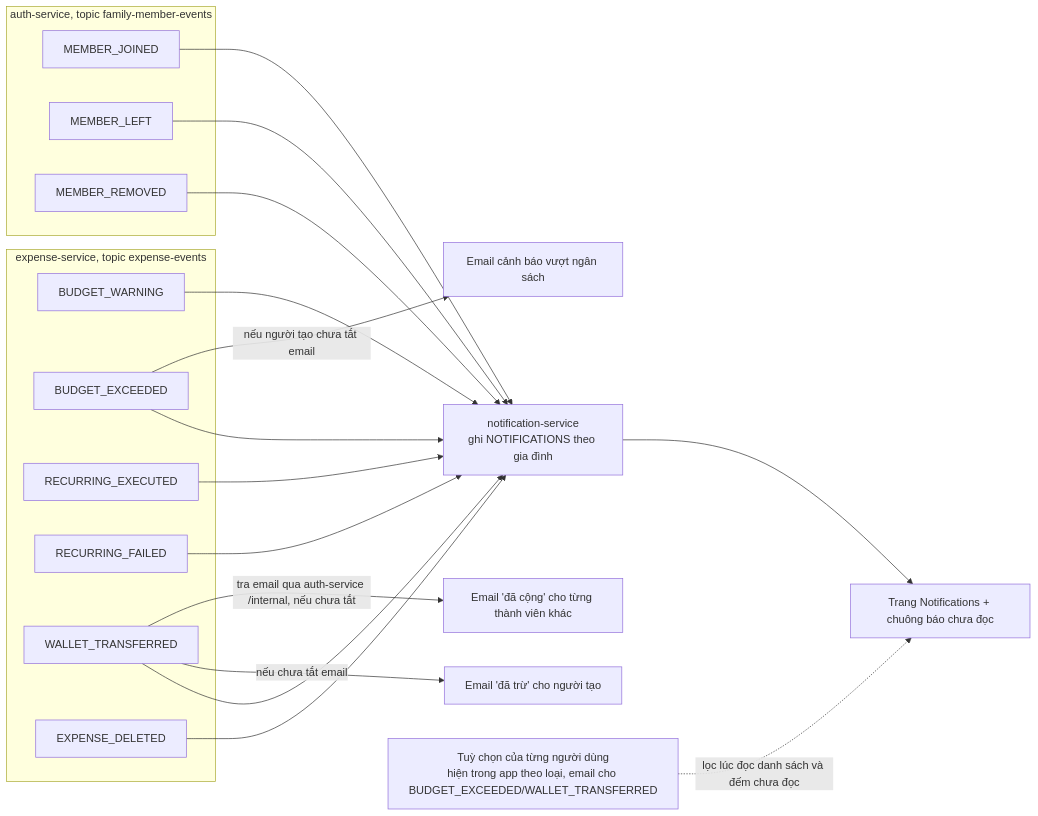
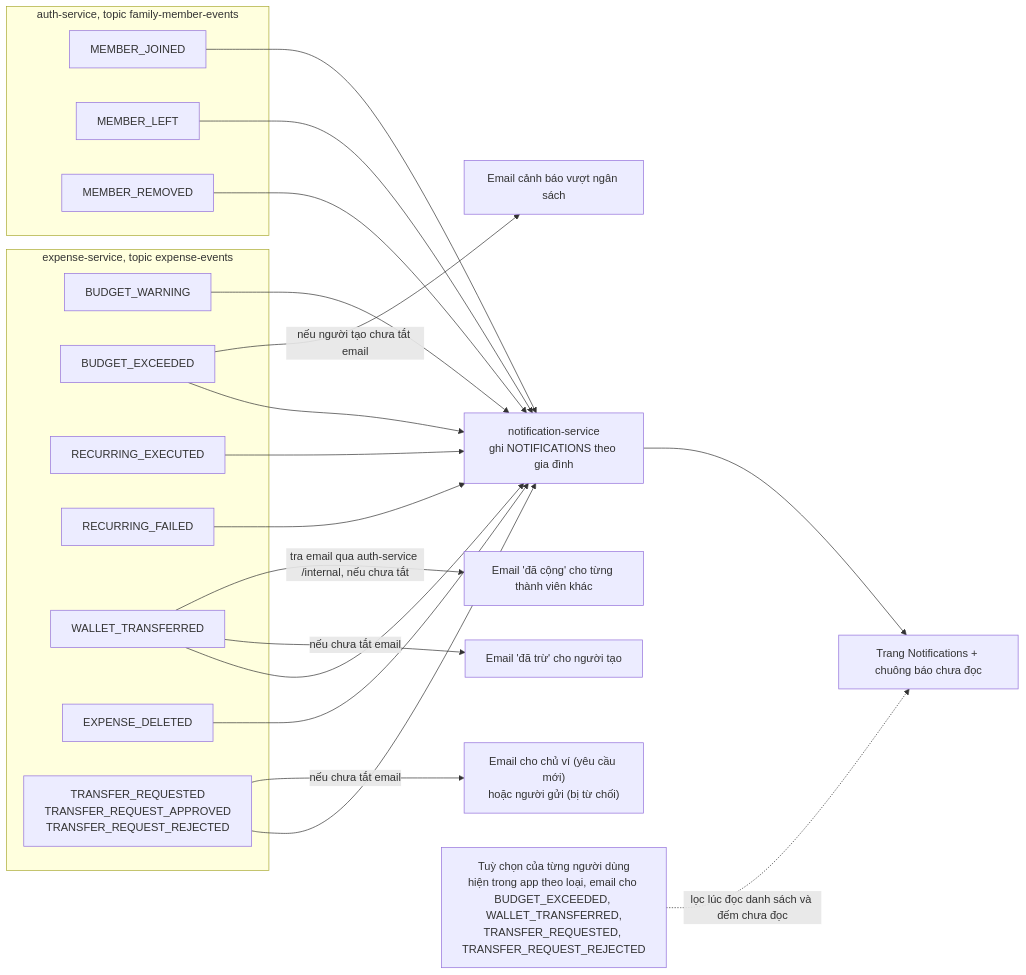
One commit to boyquynhluu/family-expense-manager changed diagram 28 of 41 in README.md. Above: the diagram before and after it, drawn with Mermaid. The commit also changed other lines of this file and 5 other files, not shown here.

````diff
--- a/README.md
+++ b/README.md
@@ -871,30 +914,33 @@
 ```mermaid
 flowchart LR
     subgraph EXP["expense-service, topic expense-events"]
         E1["BUDGET_WARNING"]
         E2["BUDGET_EXCEEDED"]
         E3["RECURRING_EXECUTED"]
         E4["RECURRING_FAILED"]
         E5["WALLET_TRANSFERRED"]
         E6["EXPENSE_DELETED"]
+        E7["TRANSFER_REQUESTED<br/>TRANSFER_REQUEST_APPROVED<br/>TRANSFER_REQUEST_REJECTED"]
     end
     subgraph AUTHS["auth-service, topic family-member-events"]
         A1["MEMBER_JOINED"]
         A2["MEMBER_LEFT"]
         A3["MEMBER_REMOVED"]
     end
     E1 --> N["notification-service<br/>ghi NOTIFICATIONS theo gia đình"]
     E2 --> N
     E3 --> N
     E4 --> N
     E5 --> N
     E6 --> N
+    E7 --> N
     A1 --> N
     A2 --> N
     A3 --> N
     E2 -->|"nếu người tạo chưa tắt email"| M["Email cảnh báo vượt ngân sách"]
     E5 -->|"nếu chưa tắt email"| W1["Email 'đã trừ' cho người tạo"]
     E5 -->|"tra email qua auth-service /internal, nếu chưa tắt"| W2["Email 'đã cộng' cho từng thành viên khác"]
+    E7 -->|"nếu chưa tắt email"| W3["Email cho chủ ví (yêu cầu mới)<br/>hoặc người gửi (bị từ chối)"]
     N --> UI["Trang Notifications + chuông báo chưa đọc"]
-    P["Tuỳ chọn của từng người dùng<br/>hiện trong app theo loại, email cho BUDGET_EXCEEDED/WALLET_TRANSFERRED"] -.->|"lọc lúc đọc danh sách và đếm chưa đọc"| UI
+    P["Tuỳ chọn của từng người dùng<br/>hiện trong app theo loại, email cho BUDGET_EXCEEDED, WALLET_TRANSFERRED,<br/>TRANSFER_REQUESTED, TRANSFER_REQUEST_REJECTED"] -.->|"lọc lúc đọc danh sách và đếm chưa đọc"| UI
 ```
````
